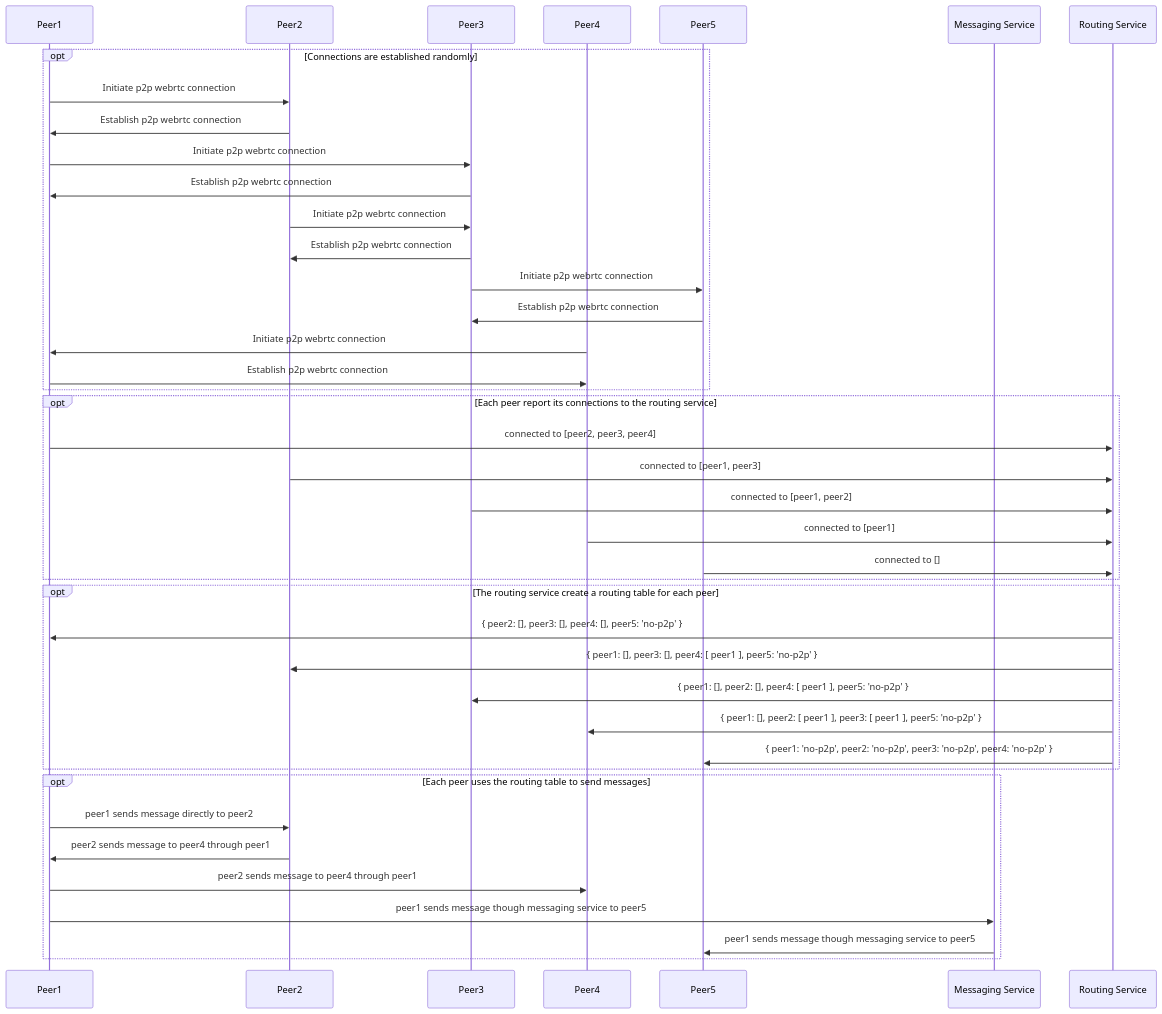
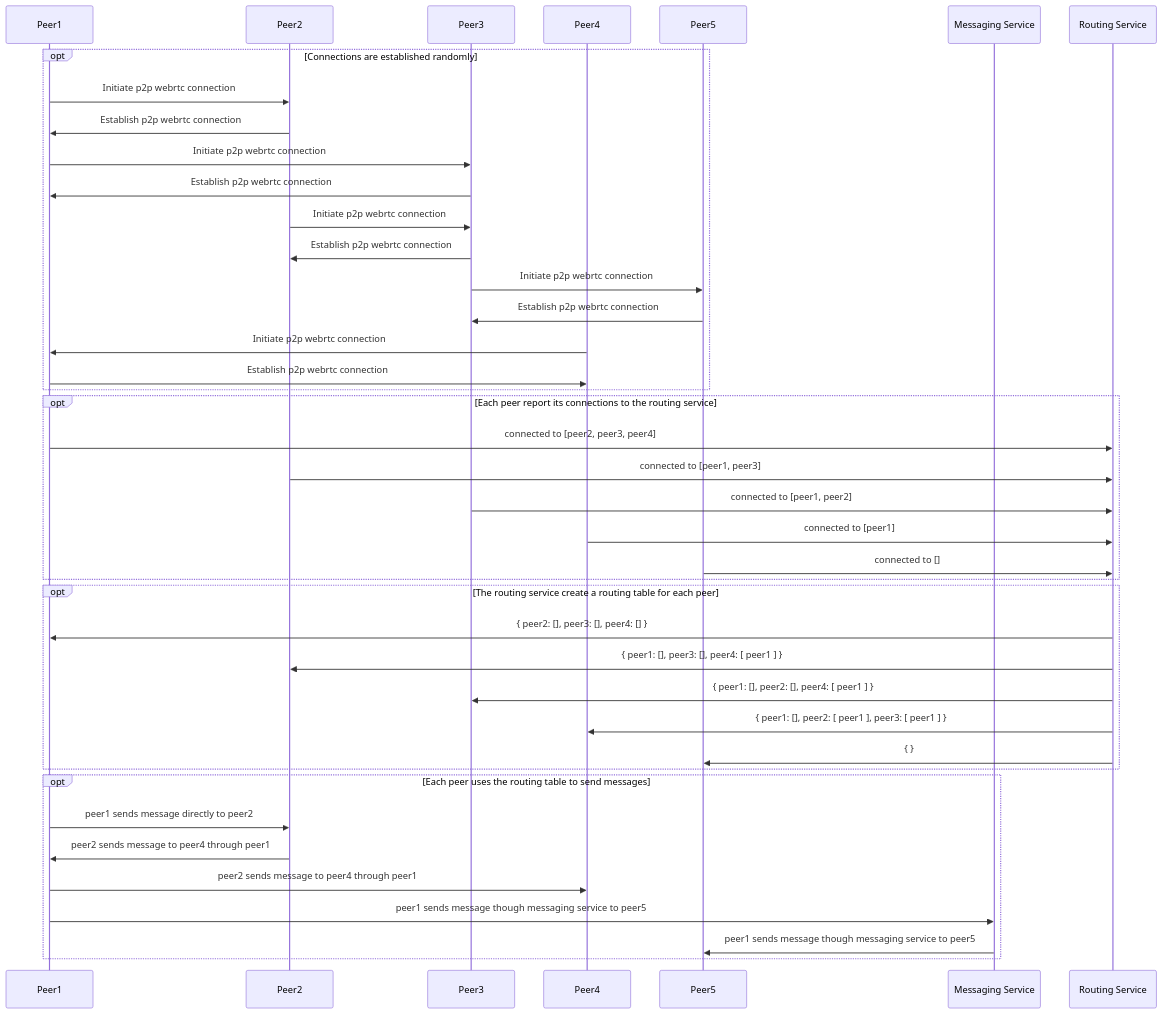
Before and after one commit to decentraland/adr: the diagram in RFC/RFC-13-p2p-adapter.md, drawn with Mermaid. The commit also changed other lines of this file, not shown here.

````diff
--- a/RFC/RFC-13-p2p-adapter.md
+++ b/RFC/RFC-13-p2p-adapter.md
@@ -73,51 +83,51 @@
 ```mermaid
 sequenceDiagram
     participant Peer1
     participant Peer2
     participant Peer3
     participant Peer4
     participant Peer5
     participant MS as Messaging Service
     participant RS as Routing Service
 
     opt Connections are established randomly
       Peer1->>Peer2: Initiate p2p webrtc connection
       Peer2->>Peer1: Establish p2p webrtc connection
 
       Peer1->>Peer3: Initiate p2p webrtc connection
       Peer3->>Peer1: Establish p2p webrtc connection
 
       Peer2->>Peer3: Initiate p2p webrtc connection
       Peer3->>Peer2: Establish p2p webrtc connection
 
       Peer3->>Peer5: Initiate p2p webrtc connection
       Peer5->>Peer3: Establish p2p webrtc connection
 
       Peer4->>Peer1: Initiate p2p webrtc connection
       Peer1->>Peer4: Establish p2p webrtc connection
     end
 
     opt Each peer report its connections to the routing service
       Peer1->>RS: connected to [peer2, peer3, peer4]
       Peer2->>RS: connected to [peer1, peer3]
       Peer3->>RS: connected to [peer1, peer2]
       Peer4->>RS: connected to [peer1]
       Peer5->>RS: connected to []
     end
     
     opt The routing service create a routing table for each peer
-      RS->>Peer1: { peer2: [], peer3: [], peer4: [], peer5: 'no-p2p' }
-      RS->>Peer2: { peer1: [], peer3: [], peer4: [ peer1 ], peer5: 'no-p2p' }
-      RS->>Peer3: { peer1: [], peer2: [], peer4: [ peer1 ], peer5: 'no-p2p' }
-      RS->>Peer4: { peer1: [], peer2: [ peer1 ], peer3: [ peer1 ], peer5: 'no-p2p' }
-      RS->>Peer5: { peer1: 'no-p2p', peer2: 'no-p2p', peer3: 'no-p2p', peer4: 'no-p2p' }
+      RS->>Peer1: { peer2: [], peer3: [], peer4: [] }
+      RS->>Peer2: { peer1: [], peer3: [], peer4: [ peer1 ] }
+      RS->>Peer3: { peer1: [], peer2: [], peer4: [ peer1 ] }
+      RS->>Peer4: { peer1: [], peer2: [ peer1 ], peer3: [ peer1 ] }
+      RS->>Peer5: { }
     end
     
     opt Each peer uses the routing table to send messages
       Peer1->>Peer2: peer1 sends message directly to peer2
       Peer2->>Peer1: peer2 sends message to peer4 through peer1
       Peer1->>Peer4: peer2 sends message to peer4 through peer1
       Peer1->>MS: peer1 sends message though messaging service to peer5
       MS->>Peer5: peer1 sends message though messaging service to peer5
     end
 ```
````
